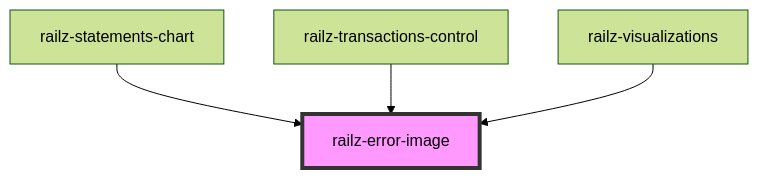
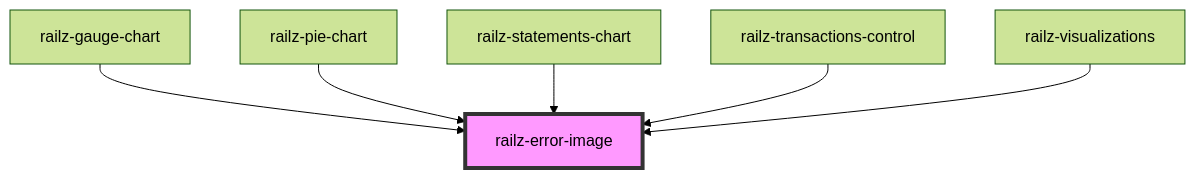
Before and after one commit to railz-ai/railz-visualizations: the diagram in packages/components/src/elements/error/readme.md, drawn with Mermaid (forest theme). The commit also changed other lines of this file and 41 other files, not shown here.

````diff
--- a/packages/components/src/elements/error/readme.md
+++ b/packages/components/src/elements/error/readme.md
@@ -26,7 +28,9 @@
 ```mermaid
 graph TD;
+  railz-gauge-chart --> railz-error-image
+  railz-pie-chart --> railz-error-image
   railz-statements-chart --> railz-error-image
   railz-transactions-control --> railz-error-image
   railz-visualizations --> railz-error-image
   style railz-error-image fill:#f9f,stroke:#333,stroke-width:4px
 ```
````
